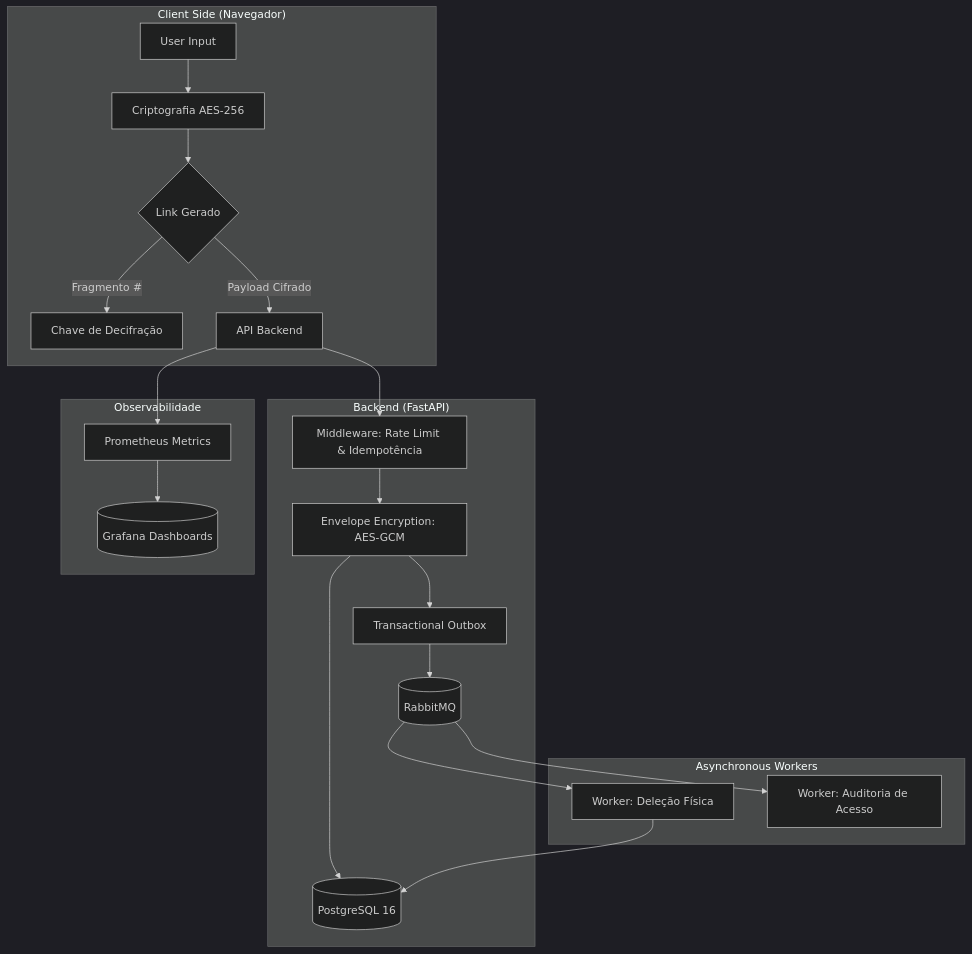
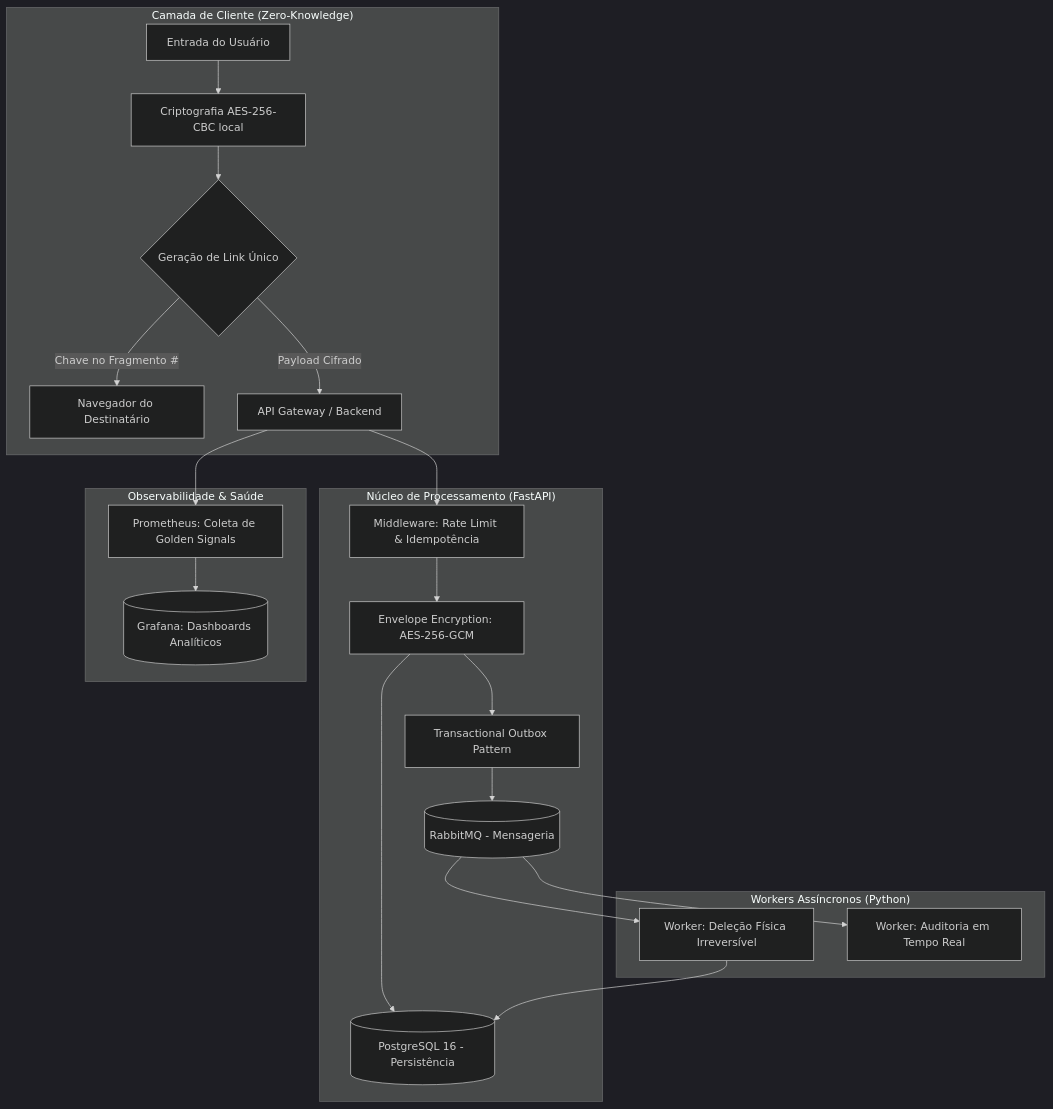
Before and after one commit to LuahnKaye/Cofre_Digital: the diagram in README.md, drawn with Mermaid (dark theme). The commit also changed other lines of this file and 1 other file, not shown here.

````diff
--- a/README.md
+++ b/README.md
@@ -15,28 +17,28 @@
 ```mermaid
 graph TD
-    subgraph "Client Side (Navegador)"
-        A[User Input] --> B[Criptografia AES-256]
-        B --> C{Link Gerado}
-        C -->|Fragmento #| D[Chave de Decifração]
-        C -->|Payload Cifrado| E[API Backend]
+    subgraph "Camada de Cliente (Zero-Knowledge)"
+        A[Entrada do Usuário] --> B[Criptografia AES-256-CBC local]
+        B --> C{Geração de Link Único}
+        C -->|Chave no Fragmento #| D[Navegador do Destinatário]
+        C -->|Payload Cifrado| E[API Gateway / Backend]
     end
 
-    subgraph "Backend (FastAPI)"
+    subgraph "Núcleo de Processamento (FastAPI)"
         E --> F[Middleware: Rate Limit & Idempotência]
-        F --> G[Envelope Encryption: AES-GCM]
-        G --> H[(PostgreSQL 16)]
-        G --> I[Transactional Outbox]
-        I --> J[(RabbitMQ)]
+        F --> G[Envelope Encryption: AES-256-GCM]
+        G --> H[(PostgreSQL 16 - Persistência)]
+        G --> I[Transactional Outbox Pattern]
+        I --> J[(RabbitMQ - Mensageria)]
     end
 
-    subgraph "Asynchronous Workers"
-        J --> K[Worker: Deleção Física]
-        J --> L[Worker: Auditoria de Acesso]
+    subgraph "Workers Assíncronos (Python)"
+        J --> K[Worker: Deleção Física Irreversível]
+        J --> L[Worker: Auditoria em Tempo Real]
         K --> H
     end
 
-    subgraph "Observabilidade"
-        E --> M[Prometheus Metrics]
-        M --> N[(Grafana Dashboards)]
+    subgraph "Observabilidade & Saúde"
+        E --> M[Prometheus: Coleta de Golden Signals]
+        M --> N[(Grafana: Dashboards Analíticos)]
     end
 ```
````
